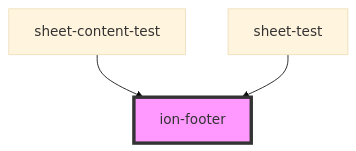
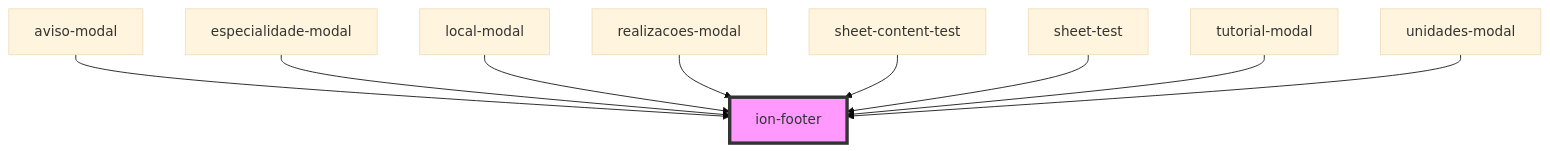
The diagram in core/src/components/footer/readme.md (MEDGRUPOGIT/ionic-framework-1), drawn with Mermaid (base theme) before and after one commit. The commit also changed other lines of this file and 18 other files, not shown here.

Commit message:
Ajuste ion-footer

````diff
--- a/core/src/components/footer/readme.md
+++ b/core/src/components/footer/readme.md
@@ -138,6 +144,12 @@
 ```mermaid
 graph TD;
+  aviso-modal --> ion-footer
+  especialidade-modal --> ion-footer
+  local-modal --> ion-footer
+  realizacoes-modal --> ion-footer
   sheet-content-test --> ion-footer
   sheet-test --> ion-footer
+  tutorial-modal --> ion-footer
+  unidades-modal --> ion-footer
   style ion-footer fill:#f9f,stroke:#333,stroke-width:4px
 ```
````
